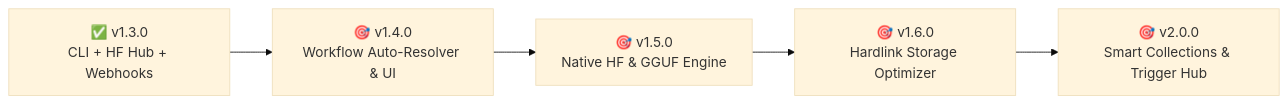
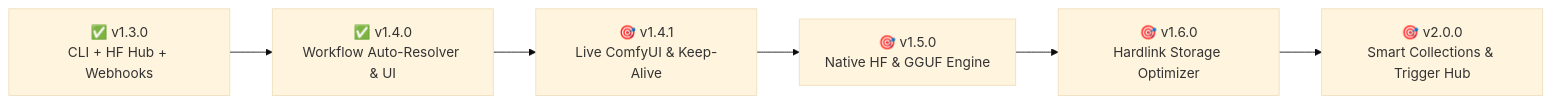
The diagram in ROADMAP.md (DevNullInc/Civitai-manager-ComfyUI), drawn with Mermaid (base theme) before and after one commit. The commit also changed other lines of this file and 10 other files, not shown here.

````diff
--- a/ROADMAP.md
+++ b/ROADMAP.md
@@ -9,7 +9,8 @@
 ```mermaid
 graph LR
-    v13["✅ v1.3.0<br/>CLI + HF Hub + Webhooks"] --> v14["🎯 v1.4.0<br/>Workflow Auto-Resolver & UI"]
-    v14 --> v15["🎯 v1.5.0<br/>Native HF & GGUF Engine"]
+    v13["✅ v1.3.0<br/>CLI + HF Hub + Webhooks"] --> v14["✅ v1.4.0<br/>Workflow Auto-Resolver & UI"]
+    v14 --> v141["🎯 v1.4.1<br/>Live ComfyUI & Keep-Alive"]
+    v141 --> v15["🎯 v1.5.0<br/>Native HF & GGUF Engine"]
     v15 --> v16["🎯 v1.6.0<br/>Hardlink Storage Optimizer"]
     v16 --> v20["🎯 v2.0.0<br/>Smart Collections & Trigger Hub"]
 ```
````
